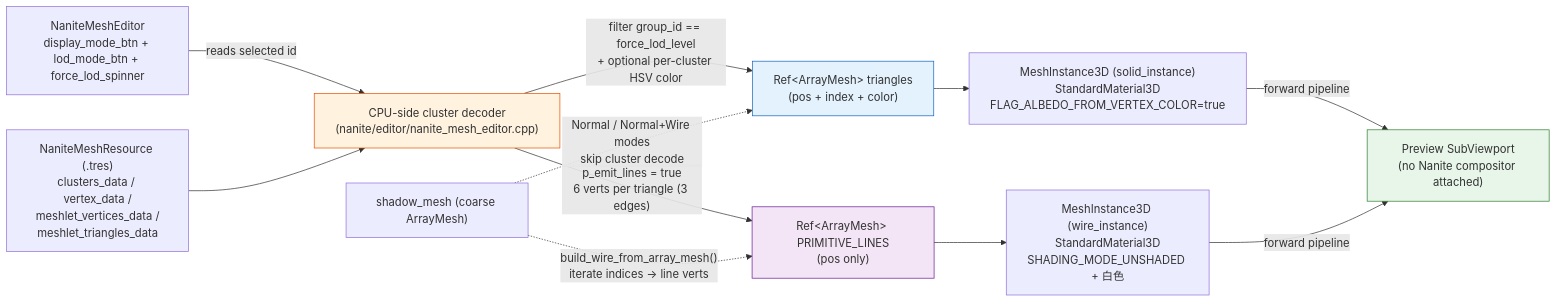
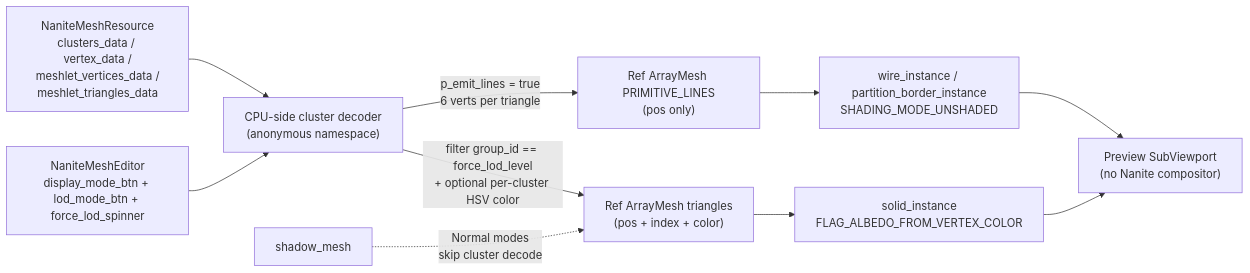
The tenth of 18 diagrams in nanite_doc/nanite-overall-design.md (alonecat06/godot), drawn with Mermaid before and after one commit. The commit also changed other lines of this file, not shown here.

First line of the commit message:
docs(nanite): 合并章节8+9为"阶段零：离线构建数据与预览"

````diff
--- a/nanite_doc/nanite-overall-design.md
+++ b/nanite_doc/nanite-overall-design.md
@@ -2054,18 +1321,12 @@
 ```mermaid
 flowchart LR
-    UI["NaniteMeshEditor<br/>display_mode_btn + lod_mode_btn + force_lod_spinner"] -->|"reads selected id"| DECODE["CPU-side cluster decoder<br/>(nanite/editor/nanite_mesh_editor.cpp)"]
-    RES["NaniteMeshResource (.tres)<br/>clusters_data / vertex_data /<br/>meshlet_vertices_data /<br/>meshlet_triangles_data"] --> DECODE
-    DECODE -->|"filter group_id == force_lod_level<br/>+ optional per-cluster HSV color"| AM["Ref&lt;ArrayMesh&gt; triangles<br/>(pos + index + color)"]
-    DECODE -->|"p_emit_lines = true<br/>6 verts per triangle (3 edges)"| WM["Ref&lt;ArrayMesh&gt; PRIMITIVE_LINES<br/>(pos only)"]
-    AM --> MI["MeshInstance3D (solid_instance)<br/>StandardMaterial3D<br/>FLAG_ALBEDO_FROM_VERTEX_COLOR=true"]
-    WM --> WI["MeshInstance3D (wire_instance)<br/>StandardMaterial3D<br/>SHADING_MODE_UNSHADED + 白色"]
-    SHADOW["shadow_mesh (coarse ArrayMesh)"] -.->|"Normal / Normal+Wire modes<br/>skip cluster decode"| AM
-    SHADOW -.->|"build_wire_from_array_mesh()<br/>iterate indices → line verts"| WM
-    MI -->|"forward pipeline"| VP["Preview SubViewport<br/>(no Nanite compositor attached)"]
-    WI -->|"forward pipeline"| VP
-
-    style DECODE fill:#fff3e0,stroke:#e65100
-    style AM fill:#e3f2fd,stroke:#1565c0
-    style WM fill:#f3e5f5,stroke:#6a1b9a
-    style VP fill:#e8f5e9,stroke:#2e7d32
+    UI["NaniteMeshEditor<br/>display_mode_btn + lod_mode_btn + force_lod_spinner"] --> DECODE["CPU-side cluster decoder<br/>(anonymous namespace)"]
+    RES["NaniteMeshResource<br/>clusters_data / vertex_data /<br/>meshlet_vertices_data /<br/>meshlet_triangles_data"] --> DECODE
+    DECODE -->|"filter group_id == force_lod_level<br/>+ optional per-cluster HSV color"| AM["Ref ArrayMesh triangles<br/>(pos + index + color)"]
+    DECODE -->|"p_emit_lines = true<br/>6 verts per triangle"| WM["Ref ArrayMesh PRIMITIVE_LINES<br/>(pos only)"]
+    AM --> MI["solid_instance<br/>FLAG_ALBEDO_FROM_VERTEX_COLOR"]
+    WM --> WI["wire_instance / partition_border_instance<br/>SHADING_MODE_UNSHADED"]
+    SHADOW["shadow_mesh"] -.->|"Normal modes<br/>skip cluster decode"| AM
+    MI --> VP["Preview SubViewport<br/>(no Nanite compositor)"]
+    WI --> VP
 ```
````
